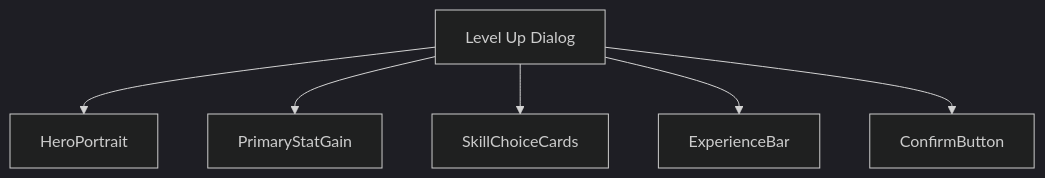
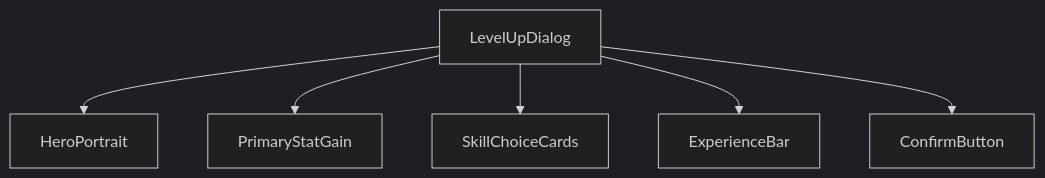
Before and after one commit to SunaNoOshiro/Heroes_Reforged_AI_Realms: the first of 5 diagrams in docs/architecture/wiki/screens/48-level-up-dialog/architecture.md, drawn with Mermaid (dark theme). The commit also changed other lines of this file and 518 other files, not shown here.

First line of the commit message:
Add doc-audit skill and sweep architecture/screen docs

````diff
--- a/docs/architecture/wiki/screens/48-level-up-dialog/architecture.md
+++ b/docs/architecture/wiki/screens/48-level-up-dialog/architecture.md
@@ -16,14 +20,9 @@
 ```mermaid
 flowchart TD
-  Root["Level Up Dialog"]
-  C0["HeroPortrait"]
-  Root --> C0
-  C1["PrimaryStatGain"]
-  Root --> C1
-  C2["SkillChoiceCards"]
-  Root --> C2
-  C3["ExperienceBar"]
-  Root --> C3
-  C4["ConfirmButton"]
-  Root --> C4
+  Root["LevelUpDialog"]
+  Root --> HP["HeroPortrait"]
+  Root --> PSG["PrimaryStatGain"]
+  Root --> SCC["SkillChoiceCards"]
+  Root --> XP["ExperienceBar"]
+  Root --> CB["ConfirmButton"]
 ```
````
